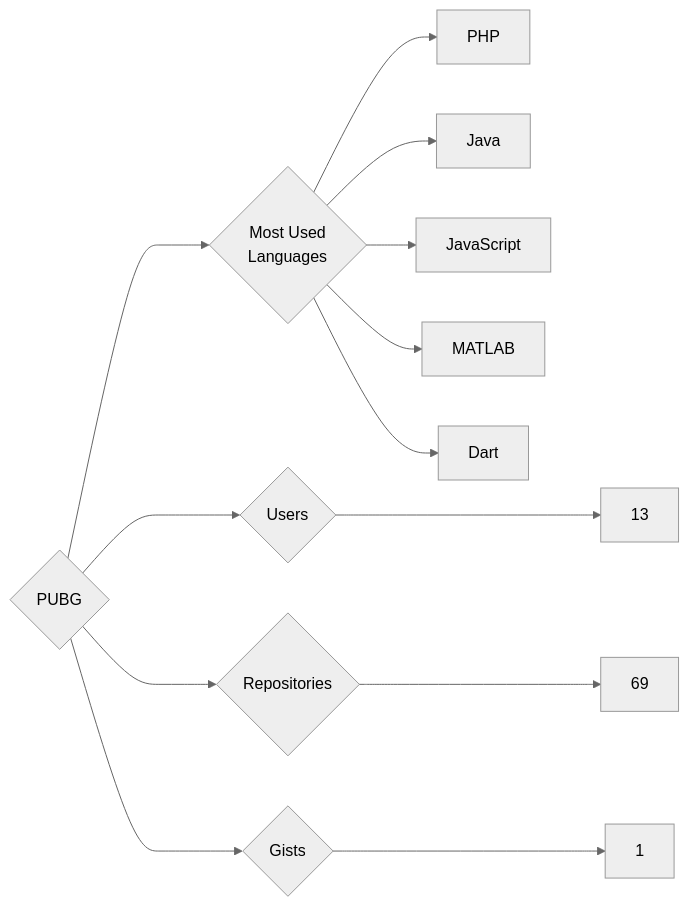
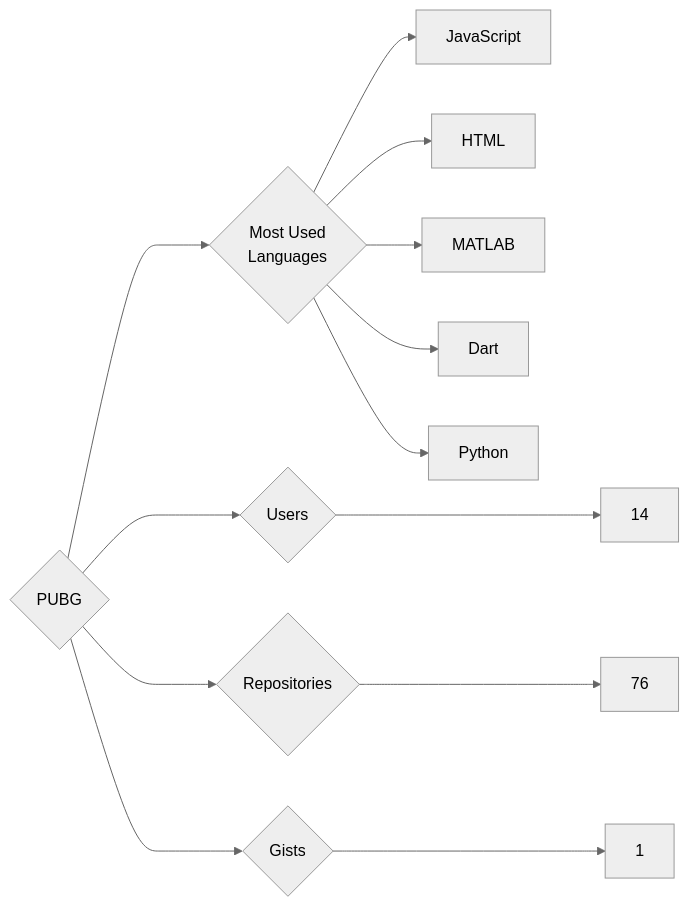
The diagram in targets/PUBG/README.md (trickest/insiders), drawn with Mermaid (neutral theme) before and after one commit. The commit also changed 814 other files, not shown here.

````diff
--- a/targets/PUBG/README.md
+++ b/targets/PUBG/README.md
@@ -3,13 +3,13 @@
 ```mermaid
 graph LR
 COMPANY_NAME{PUBG}
-COMPANY_NAME ---> U{Users} ---> UN[13]
-COMPANY_NAME ---> R{Repositories} ---> RN[69]
+COMPANY_NAME ---> U{Users} ---> UN[14]
+COMPANY_NAME ---> R{Repositories} ---> RN[76]
 COMPANY_NAME ---> G{Gists} ---> GN[1]
 COMPANY_NAME ---> ML{Most Used<br>Languages}
-ML --> PHP[PHP]
-ML --> Java[Java]
 ML --> JavaScript[JavaScript]
+ML --> HTML[HTML]
 ML --> MATLAB[MATLAB]
 ML --> Dart[Dart]
+ML --> Python[Python]
 ```
````
